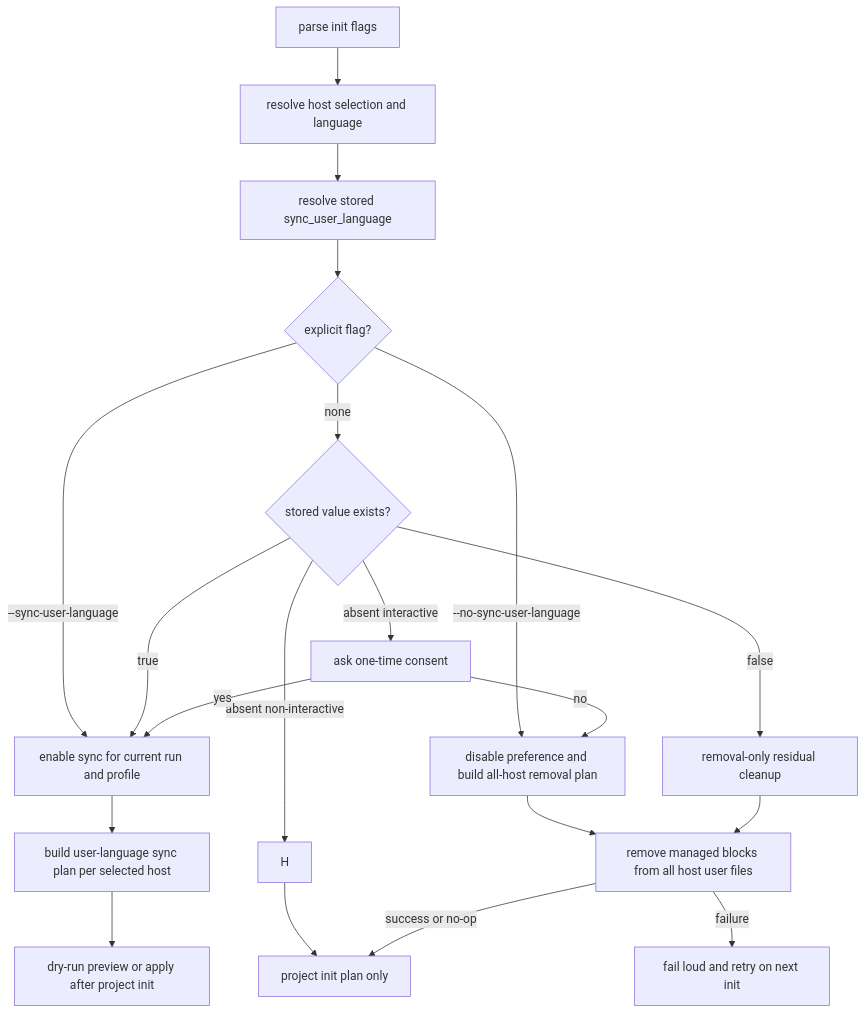
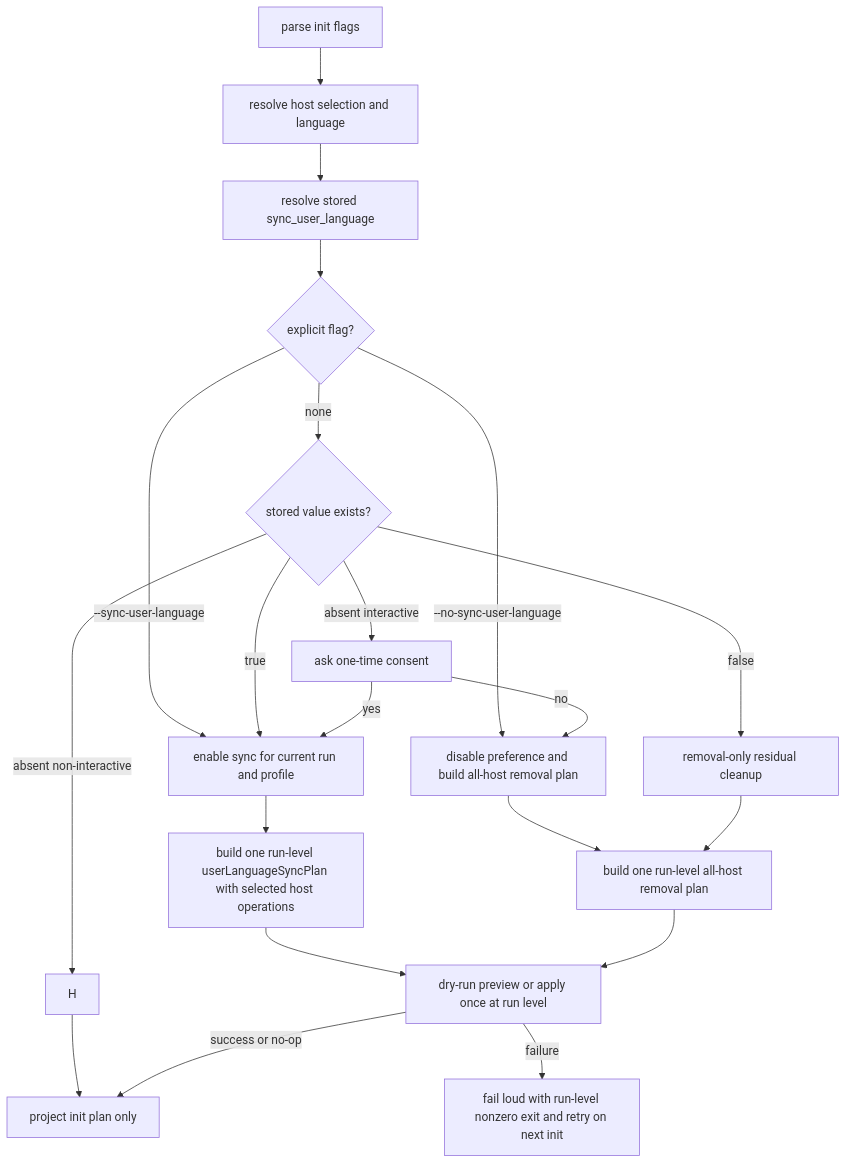
One commit to ajiao7240/spec-first changed the diagram in docs/plans/2026-06-22-001-feat-user-language-sync-plan.md. Above: the diagram before and after it, drawn with Mermaid. The commit also changed other lines of this file and 18 other files, not shown here.

````diff
--- a/docs/plans/2026-06-22-001-feat-user-language-sync-plan.md
+++ b/docs/plans/2026-06-22-001-feat-user-language-sync-plan.md
@@ -195,22 +204,23 @@
 ```mermaid
 flowchart TB
   A[parse init flags] --> B[resolve host selection and language]
   B --> C[resolve stored sync_user_language]
   C --> D{explicit flag?}
   D -->|--sync-user-language| E[enable sync for current run and profile]
   D -->|--no-sync-user-language| F[disable preference and build all-host removal plan]
   D -->|none| G{stored value exists?}
   G -->|true| E
   G -->|false| R[removal-only residual cleanup]
   G -->|absent interactive| I[ask one-time consent]
   G -->|absent non-interactive| H
   I -->|yes| E
   I -->|no| F
-  E --> J[build user-language sync plan per selected host]
+  E --> J[build one run-level userLanguageSyncPlan with selected host operations]
   H --> K[project init plan only]
-  F --> M[remove managed blocks from all host user files]
+  F --> M[build one run-level all-host removal plan]
   R --> M
-  M -->|success or no-op| K
-  M -->|failure| N[fail loud and retry on next init]
-  J --> L[dry-run preview or apply after project init]
+  J --> L[dry-run preview or apply once at run level]
+  M --> L
+  L -->|success or no-op| K
+  L -->|failure| N[fail loud with run-level nonzero exit and retry on next init]
 ```
````
